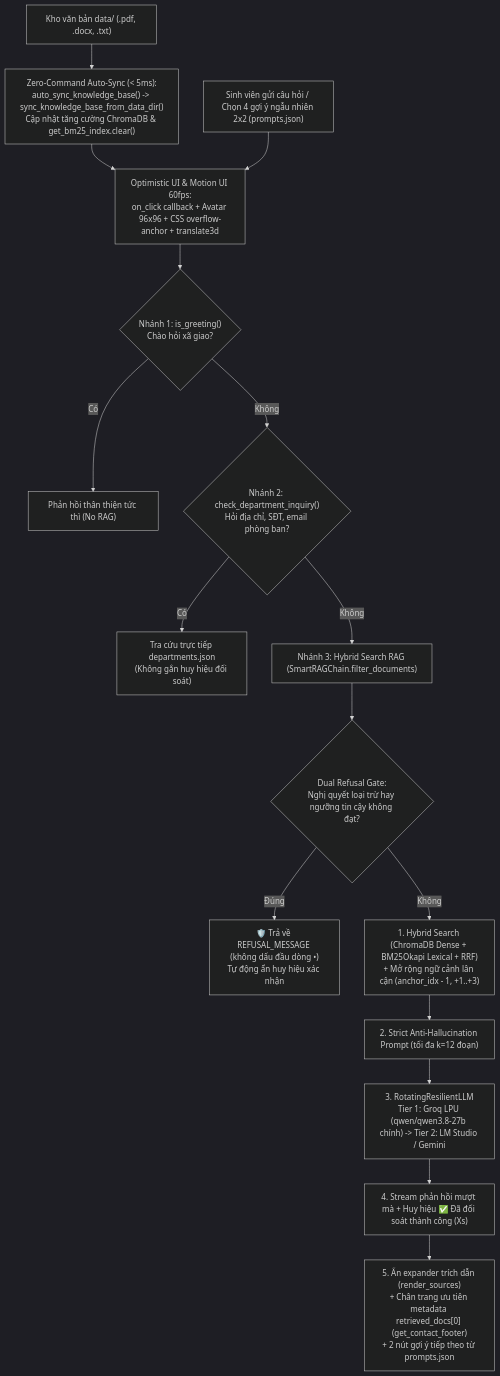
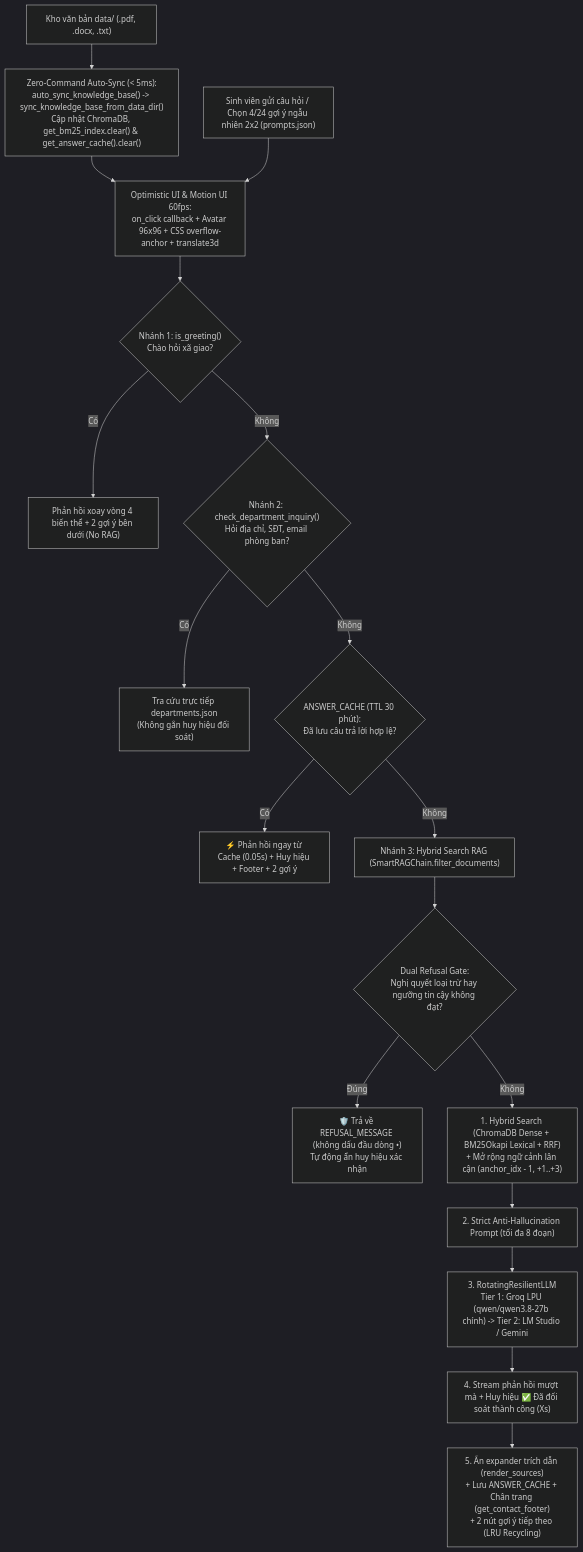
Before and after one commit to anhdangbuon/VLUTEBOT: the diagram in README.md, drawn with Mermaid (dark theme). The commit also changed other lines of this file and 3 other files, not shown here.

Commit message:
Complete VLUTEBOT v2: Answer Cache, LRU follow-up recycling, compound query separation, and 60fps SVG UI

````diff
--- a/README.md
+++ b/README.md
@@ -29,20 +29,22 @@
 ```mermaid
 flowchart TD
-    DataDir["Kho văn bản data/ (.pdf, .docx, .txt)"] --> AutoSync["Zero-Command Auto-Sync (< 5ms):<br/>auto_sync_knowledge_base() -> sync_knowledge_base_from_data_dir()<br/>Cập nhật tăng cường ChromaDB & get_bm25_index.clear()"]
+    DataDir["Kho văn bản data/ (.pdf, .docx, .txt)"] --> AutoSync["Zero-Command Auto-Sync (< 5ms):<br/>auto_sync_knowledge_base() -> sync_knowledge_base_from_data_dir()<br/>Cập nhật ChromaDB, get_bm25_index.clear() & get_answer_cache().clear()"]
     AutoSync --> OptUI
-    UserQuery["Sinh viên gửi câu hỏi / Chọn 4 gợi ý ngẫu nhiên 2x2 (prompts.json)"] --> OptUI["Optimistic UI & Motion UI 60fps:<br/>on_click callback + Avatar 96x96 + CSS overflow-anchor + translate3d"]
+    UserQuery["Sinh viên gửi câu hỏi / Chọn 4/24 gợi ý ngẫu nhiên 2x2 (prompts.json)"] --> OptUI["Optimistic UI & Motion UI 60fps:<br/>on_click callback + Avatar 96x96 + CSS overflow-anchor + translate3d"]
     OptUI --> B1{"Nhánh 1: is_greeting()<br/>Chào hỏi xã giao?"}
-    B1 -- Có --> R1["Phản hồi thân thiện tức thì (No RAG)"]
+    B1 -- Có --> R1["Phản hồi xoay vòng 4 biến thể + 2 gợi ý bên dưới (No RAG)"]
     B1 -- Không --> B2{"Nhánh 2: check_department_inquiry()<br/>Hỏi địa chỉ, SĐT, email phòng ban?"}
     B2 -- Có --> R2["Tra cứu trực tiếp departments.json<br/>(Không gắn huy hiệu đối soát)"]
-    B2 -- Không --> B3["Nhánh 3: Hybrid Search RAG (SmartRAGChain.filter_documents)"]
+    B2 -- Không --> CacheCheck{"ANSWER_CACHE (TTL 30 phút):<br/>Đã lưu câu trả lời hợp lệ?"}
+    CacheCheck -- Có --> CacheHit["⚡ Phản hồi ngay từ Cache (0.05s) + Huy hiệu + Footer + 2 gợi ý"]
+    CacheCheck -- Không --> B3["Nhánh 3: Hybrid Search RAG (SmartRAGChain.filter_documents)"]
 
     B3 --> ExclCheck{"Dual Refusal Gate:<br/>Nghị quyết loại trừ hay ngưỡng tin cậy không đạt?"}
     ExclCheck -- Đúng --> Refusal["🛡️ Trả về REFUSAL_MESSAGE (không dấu đầu dòng •)<br/>Tự động ẩn huy hiệu xác nhận"]
     ExclCheck -- Không --> HybridSearch["1. Hybrid Search (ChromaDB Dense + BM25Okapi Lexical + RRF)<br/>+ Mở rộng ngữ cảnh lân cận (anchor_idx - 1, +1..+3)"]
 
-    HybridSearch --> PromptBuild["2. Strict Anti-Hallucination Prompt (tối đa k=12 đoạn)"]
+    HybridSearch --> PromptBuild["2. Strict Anti-Hallucination Prompt (tối đa 8 đoạn)"]
     PromptBuild --> LLMRouter["3. RotatingResilientLLM<br/>Tier 1: Groq LPU (qwen/qwen3.8-27b chính) -> Tier 2: LM Studio / Gemini"]
     LLMRouter --> StreamUI["4. Stream phản hồi mượt mà + Huy hiệu ✅ Đã đối soát thành công (Xs)"]
-    StreamUI --> PostUI["5. Ẩn expander trích dẫn (render_sources)<br/>+ Chân trang ưu tiên metadata retrieved_docs[0] (get_contact_footer)<br/>+ 2 nút gợi ý tiếp theo từ prompts.json"]
+    StreamUI --> PostUI["5. Ẩn expander trích dẫn (render_sources)<br/>+ Lưu ANSWER_CACHE + Chân trang (get_contact_footer)<br/>+ 2 nút gợi ý tiếp theo (LRU Recycling)"]
 ```
````
